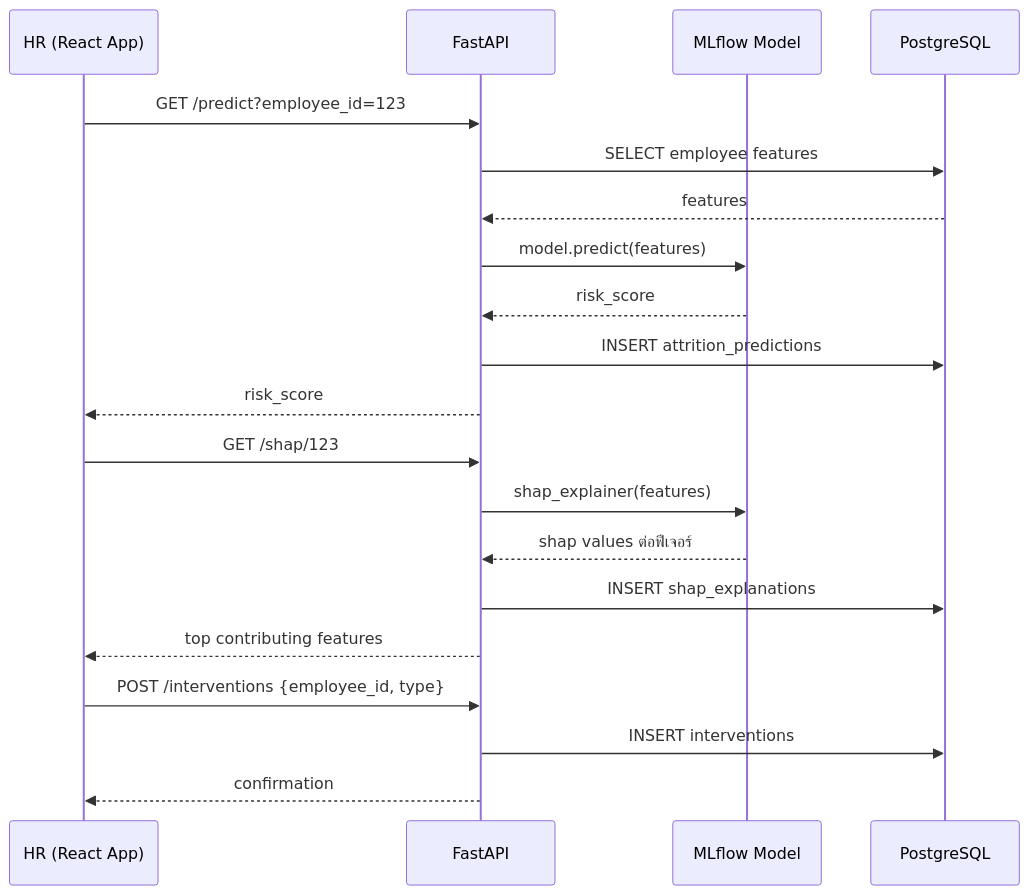
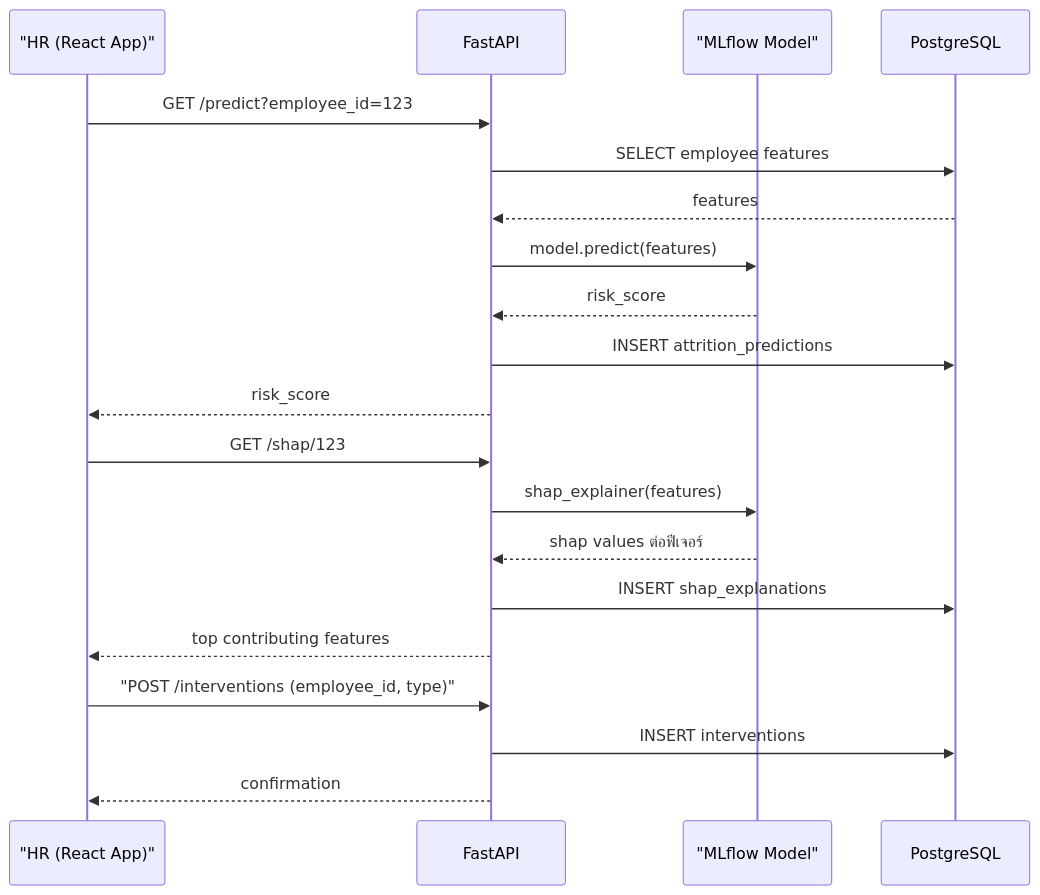
The second of 2 diagrams in README.md (InkSpuDek66/employee-attrition-predictor), drawn with Mermaid before and after one commit. The commit also changed other lines of this file and 1 other file, not shown here.

Commit message:
Dev001 - Fix broken Mermaid diagram and reorganize task breakdown

````diff
--- a/README.md
+++ b/README.md
@@ -329,25 +329,25 @@
 ```mermaid
 sequenceDiagram
-    participant HR as HR (React App)
+    participant HR as "HR (React App)"
     participant API as FastAPI
-    participant ML as MLflow Model
+    participant ML as "MLflow Model"
     participant DB as PostgreSQL
 
     HR->>API: GET /predict?employee_id=123
     API->>DB: SELECT employee features
     DB-->>API: features
     API->>ML: model.predict(features)
     ML-->>API: risk_score
     API->>DB: INSERT attrition_predictions
     API-->>HR: risk_score
 
     HR->>API: GET /shap/123
     API->>ML: shap_explainer(features)
     ML-->>API: shap values ต่อฟีเจอร์
     API->>DB: INSERT shap_explanations
     API-->>HR: top contributing features
 
-    HR->>API: POST /interventions {employee_id, type}
+    HR->>API: "POST /interventions (employee_id, type)"
     API->>DB: INSERT interventions
     API-->>HR: confirmation
 ```
````
